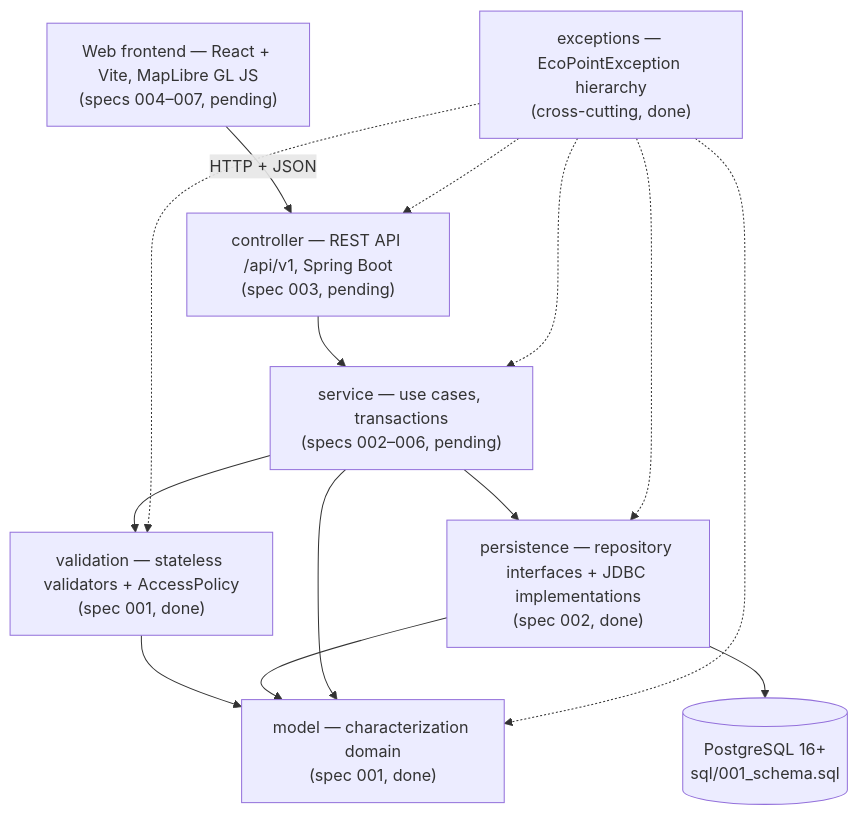
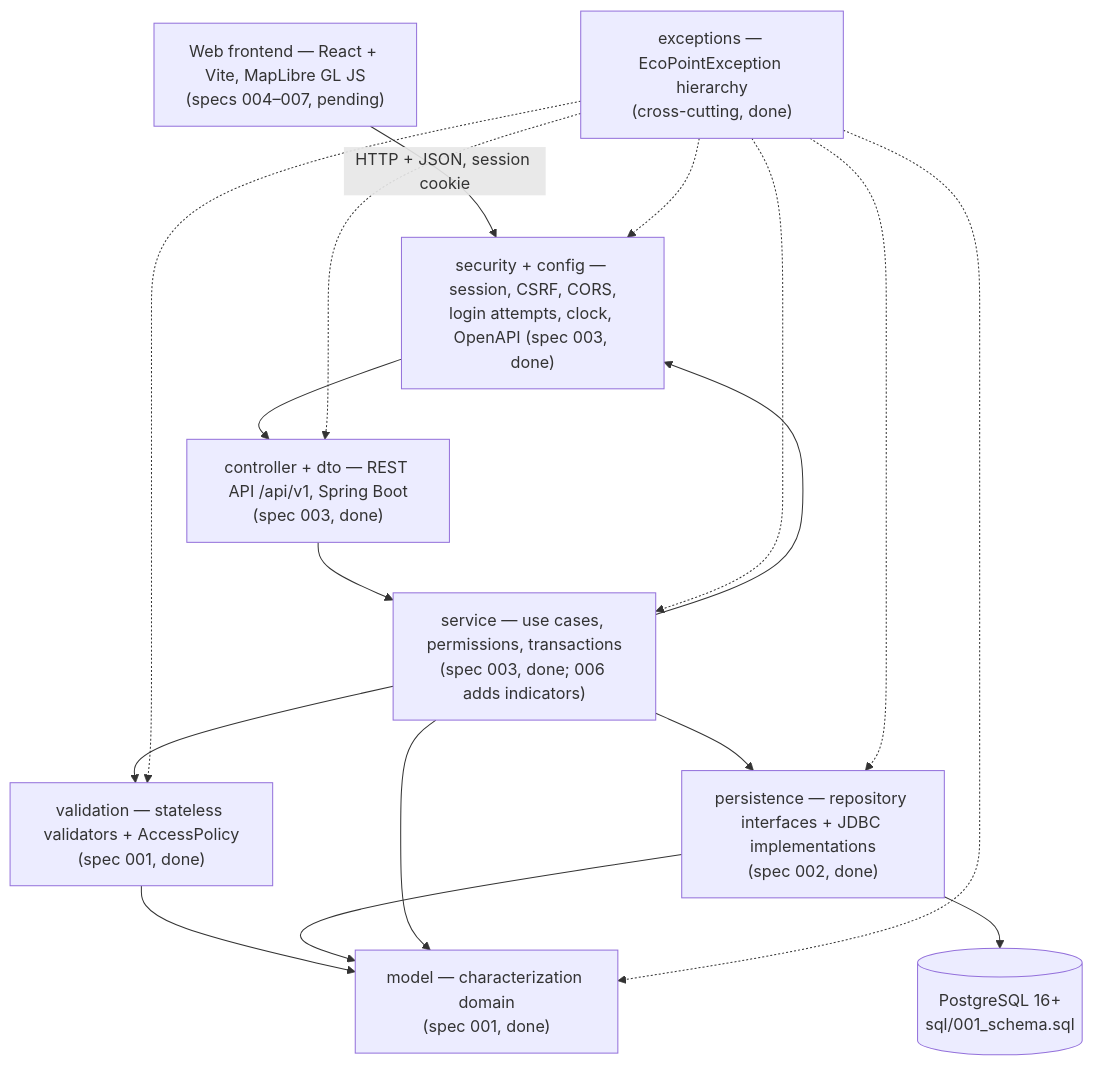
The diagram in docs/layer-diagram.md (mlanderoc/EcoPoint-Edu), drawn with Mermaid before and after one commit. The commit also changed other lines of this file and 7 other files, not shown here.

````diff
--- a/docs/layer-diagram.md
+++ b/docs/layer-diagram.md
@@ -7,26 +7,30 @@
 ```mermaid
 flowchart TD
     FE["Web frontend — React + Vite, MapLibre GL JS<br/>(specs 004–007, pending)"]
-    API["controller — REST API /api/v1, Spring Boot<br/>(spec 003, pending)"]
-    SVC["service — use cases, transactions<br/>(specs 002–006, pending)"]
+    API["controller + dto — REST API /api/v1, Spring Boot<br/>(spec 003, done)"]
+    SEC["security + config — session, CSRF, CORS,<br/>login attempts, clock, OpenAPI (spec 003, done)"]
+    SVC["service — use cases, permissions, transactions<br/>(spec 003, done; 006 adds indicators)"]
     VAL["validation — stateless validators + AccessPolicy<br/>(spec 001, done)"]
     MOD["model — characterization domain<br/>(spec 001, done)"]
     PER["persistence — repository interfaces + JDBC implementations<br/>(spec 002, done)"]
     DB[("PostgreSQL 16+<br/>sql/001_schema.sql")]
     EXC["exceptions — EcoPointException hierarchy<br/>(cross-cutting, done)"]
 
-    FE -->|HTTP + JSON| API
+    FE -->|HTTP + JSON, session cookie| SEC
+    SEC --> API
     API --> SVC
+    SVC --> SEC
     SVC --> VAL
     SVC --> PER
     VAL --> MOD
     PER --> MOD
     PER --> DB
     SVC --> MOD
 
     EXC -.-> API
+    EXC -.-> SEC
     EXC -.-> SVC
     EXC -.-> VAL
     EXC -.-> MOD
     EXC -.-> PER
 ```
````
